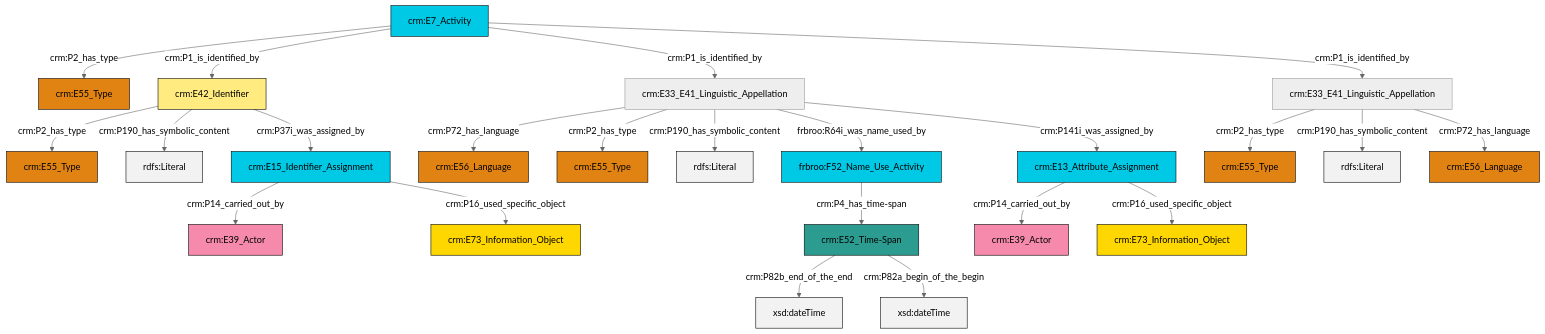
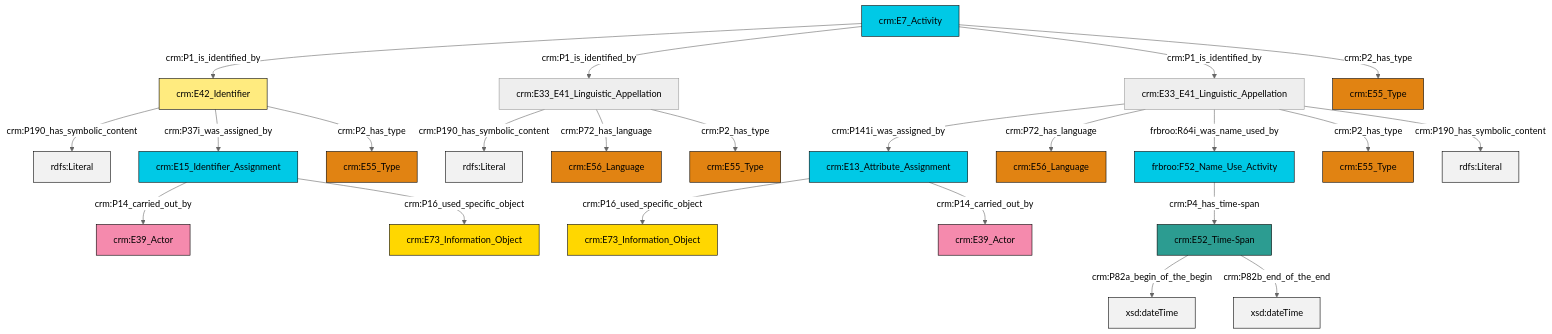
Before and after one commit to swiss-art-research-net/reference-data-models: the diagram in et/eventCSV/ttl/mmd/event_name.ttl.mmd, drawn with Mermaid (neutral theme). The commit also changed 123 other files, not shown here.

```diff
--- a/et/eventCSV/ttl/mmd/event_name.ttl.mmd
+++ b/et/eventCSV/ttl/mmd/event_name.ttl.mmd
@@ -1,37 +1,37 @@
 graph TD
 classDef Literal fill:#f2f2f2,stroke:#000000;
 classDef CRM_Entity fill:#FFFFFF,stroke:#000000;
 classDef Temporal_Entity fill:#00C9E6, stroke:#000000;
 classDef Type fill:#E18312, stroke:#000000;
 classDef Time-Span fill:#2C9C91, stroke:#000000;
 classDef Appellation fill:#FFEB7F, stroke:#000000;
 classDef Place fill:#008836, stroke:#000000;
 classDef Persistent_Item fill:#B266B2, stroke:#000000;
 classDef Conceptual_Object fill:#FFD700, stroke:#000000;
 classDef Physical_Thing fill:#D2B48C, stroke:#000000;
 classDef Actor fill:#f58aad, stroke:#000000;
 classDef PC_Classes fill:#4ce600, stroke:#000000;
 classDef Multi fill:#cccccc,stroke:#000000;
 
-0["crm:E15_Identifier_Assignment"]:::Temporal_Entity -->|crm:P14_carried_out_by| 1["crm:E39_Actor"]:::Actor
-4["crm:E7_Activity"]:::Temporal_Entity -->|crm:P2_has_type| 5["crm:E55_Type"]:::Type
-6["crm:E13_Attribute_Assignment"]:::Temporal_Entity -->|crm:P14_carried_out_by| 7["crm:E39_Actor"]:::Actor
-2["crm:E33_E41_Linguistic_Appellation"]:::Default -->|crm:P2_has_type| 8["crm:E55_Type"]:::Type
-10["crm:E52_Time-Span"]:::Time-Span -->|crm:P82b_end_of_the_end| 11[xsd:dateTime]:::Literal
-4["crm:E7_Activity"]:::Temporal_Entity -->|crm:P1_is_identified_by| 13["crm:E42_Identifier"]:::Appellation
-13["crm:E42_Identifier"]:::Appellation -->|crm:P2_has_type| 18["crm:E55_Type"]:::Type
-19["crm:E33_E41_Linguistic_Appellation"]:::Default -->|crm:P72_has_language| 20["crm:E56_Language"]:::Type
-13["crm:E42_Identifier"]:::Appellation -->|crm:P190_has_symbolic_content| 23[rdfs:Literal]:::Literal
-19["crm:E33_E41_Linguistic_Appellation"]:::Default -->|crm:P2_has_type| 24["crm:E55_Type"]:::Type
-19["crm:E33_E41_Linguistic_Appellation"]:::Default -->|crm:P190_has_symbolic_content| 25[rdfs:Literal]:::Literal
-16["frbroo:F52_Name_Use_Activity"]:::Temporal_Entity -->|crm:P4_has_time-span| 10["crm:E52_Time-Span"]:::Time-Span
-0["crm:E15_Identifier_Assignment"]:::Temporal_Entity -->|crm:P16_used_specific_object| 27["crm:E73_Information_Object"]:::Conceptual_Object
-19["crm:E33_E41_Linguistic_Appellation"]:::Default -->|frbroo:R64i_was_name_used_by| 16["frbroo:F52_Name_Use_Activity"]:::Temporal_Entity
-6["crm:E13_Attribute_Assignment"]:::Temporal_Entity -->|crm:P16_used_specific_object| 14["crm:E73_Information_Object"]:::Conceptual_Object
-4["crm:E7_Activity"]:::Temporal_Entity -->|crm:P1_is_identified_by| 19["crm:E33_E41_Linguistic_Appellation"]:::Default
-10["crm:E52_Time-Span"]:::Time-Span -->|crm:P82a_begin_of_the_begin| 30[xsd:dateTime]:::Literal
-2["crm:E33_E41_Linguistic_Appellation"]:::Default -->|crm:P190_has_symbolic_content| 33[rdfs:Literal]:::Literal
-4["crm:E7_Activity"]:::Temporal_Entity -->|crm:P1_is_identified_by| 2["crm:E33_E41_Linguistic_Appellation"]:::Default
-2["crm:E33_E41_Linguistic_Appellation"]:::Default -->|crm:P72_has_language| 38["crm:E56_Language"]:::Type
-19["crm:E33_E41_Linguistic_Appellation"]:::Default -->|crm:P141i_was_assigned_by| 6["crm:E13_Attribute_Assignment"]:::Temporal_Entity
-13["crm:E42_Identifier"]:::Appellation -->|crm:P37i_was_assigned_by| 0["crm:E15_Identifier_Assignment"]:::Temporal_Entity
+0["crm:E33_E41_Linguistic_Appellation"]:::Default -->|crm:P141i_was_assigned_by| 1["crm:E13_Attribute_Assignment"]:::Temporal_Entity
+1["crm:E13_Attribute_Assignment"]:::Temporal_Entity -->|crm:P16_used_specific_object| 4["crm:E73_Information_Object"]:::Conceptual_Object
+9["crm:E42_Identifier"]:::Appellation -->|crm:P190_has_symbolic_content| 15[rdfs:Literal]:::Literal
+13["frbroo:F52_Name_Use_Activity"]:::Temporal_Entity -->|crm:P4_has_time-span| 20["crm:E52_Time-Span"]:::Time-Span
+0["crm:E33_E41_Linguistic_Appellation"]:::Default -->|crm:P72_has_language| 16["crm:E56_Language"]:::Type
+18["crm:E33_E41_Linguistic_Appellation"]:::Default -->|crm:P190_has_symbolic_content| 21[rdfs:Literal]:::Literal
+0["crm:E33_E41_Linguistic_Appellation"]:::Default -->|frbroo:R64i_was_name_used_by| 13["frbroo:F52_Name_Use_Activity"]:::Temporal_Entity
+24["crm:E15_Identifier_Assignment"]:::Temporal_Entity -->|crm:P14_carried_out_by| 22["crm:E39_Actor"]:::Actor
+18["crm:E33_E41_Linguistic_Appellation"]:::Default -->|crm:P72_has_language| 25["crm:E56_Language"]:::Type
+1["crm:E13_Attribute_Assignment"]:::Temporal_Entity -->|crm:P14_carried_out_by| 11["crm:E39_Actor"]:::Actor
+20["crm:E52_Time-Span"]:::Time-Span -->|crm:P82a_begin_of_the_begin| 26[xsd:dateTime]:::Literal
+0["crm:E33_E41_Linguistic_Appellation"]:::Default -->|crm:P2_has_type| 27["crm:E55_Type"]:::Type
+20["crm:E52_Time-Span"]:::Time-Span -->|crm:P82b_end_of_the_end| 28[xsd:dateTime]:::Literal
+29["crm:E7_Activity"]:::Temporal_Entity -->|crm:P1_is_identified_by| 9["crm:E42_Identifier"]:::Appellation
+29["crm:E7_Activity"]:::Temporal_Entity -->|crm:P1_is_identified_by| 18["crm:E33_E41_Linguistic_Appellation"]:::Default
+0["crm:E33_E41_Linguistic_Appellation"]:::Default -->|crm:P190_has_symbolic_content| 31[rdfs:Literal]:::Literal
+29["crm:E7_Activity"]:::Temporal_Entity -->|crm:P1_is_identified_by| 0["crm:E33_E41_Linguistic_Appellation"]:::Default
+24["crm:E15_Identifier_Assignment"]:::Temporal_Entity -->|crm:P16_used_specific_object| 7["crm:E73_Information_Object"]:::Conceptual_Object
+9["crm:E42_Identifier"]:::Appellation -->|crm:P37i_was_assigned_by| 24["crm:E15_Identifier_Assignment"]:::Temporal_Entity
+9["crm:E42_Identifier"]:::Appellation -->|crm:P2_has_type| 36["crm:E55_Type"]:::Type
+18["crm:E33_E41_Linguistic_Appellation"]:::Default -->|crm:P2_has_type| 2["crm:E55_Type"]:::Type
+29["crm:E7_Activity"]:::Temporal_Entity -->|crm:P2_has_type| 5["crm:E55_Type"]:::Type
```
